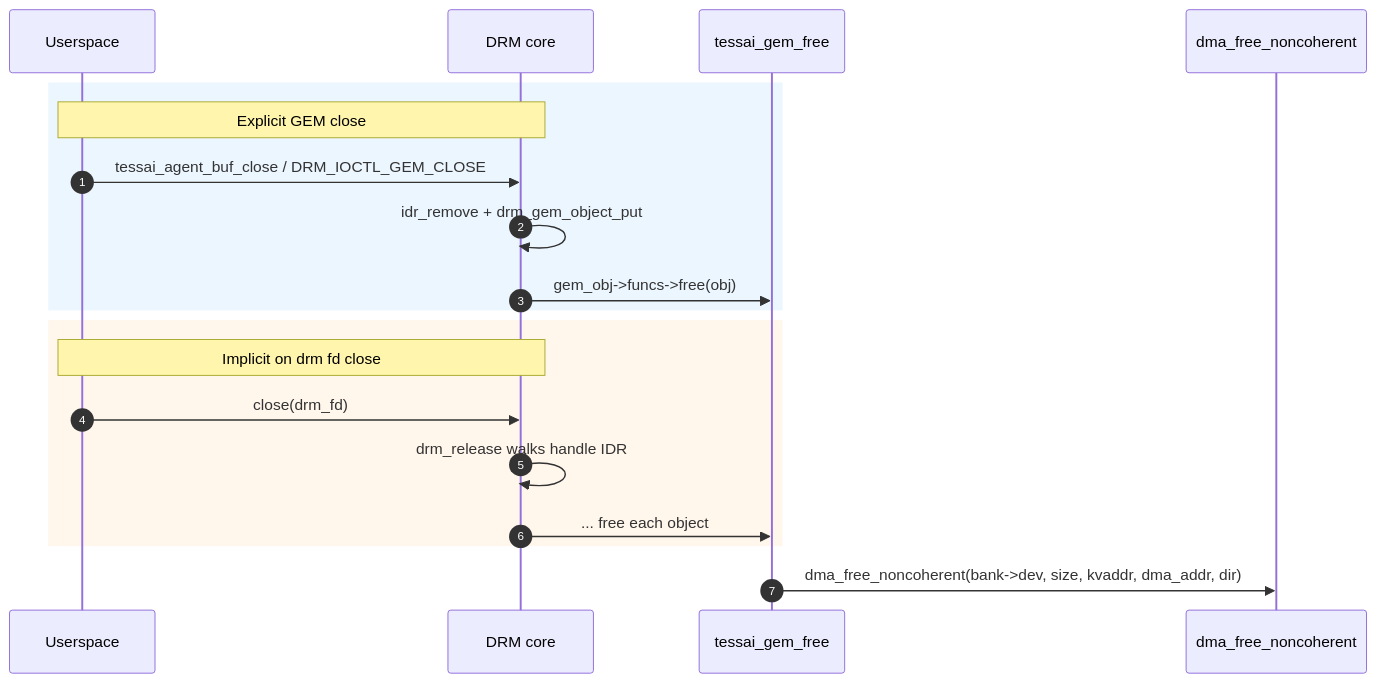
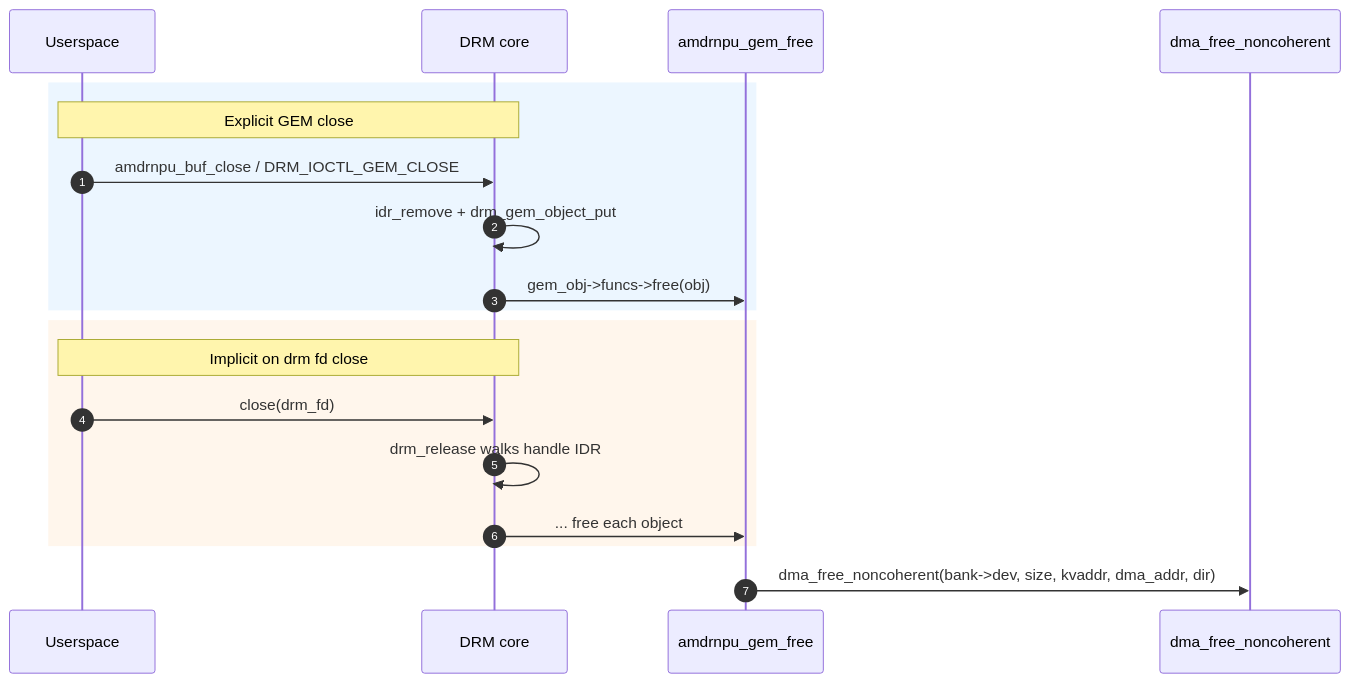
Before and after one commit to Xilinx/amdrnpu: the sixth of 6 diagrams in docs/buffer-management.md, drawn with Mermaid. The commit also changed other lines of this file and 107 other files, not shown here.

Commit message:
Change all tessai references to amdrnpu

````diff
--- a/docs/buffer-management.md
+++ b/docs/buffer-management.md
@@ -220,24 +220,24 @@
 ```mermaid
 sequenceDiagram
     autonumber
     participant U as Userspace
     participant CORE as DRM core
-    participant K as tessai_gem_free
+    participant K as amdrnpu_gem_free
     participant DMA as dma_free_noncoherent
 
     rect rgba(180,220,255,0.25)
     Note over U,CORE: Explicit GEM close
-    U->>CORE: tessai_agent_buf_close / DRM_IOCTL_GEM_CLOSE
+    U->>CORE: amdrnpu_buf_close / DRM_IOCTL_GEM_CLOSE
     CORE->>CORE: idr_remove + drm_gem_object_put
     CORE->>K: gem_obj->funcs->free(obj)
     end
 
     rect rgba(255,220,180,0.25)
     Note over U,CORE: Implicit on drm fd close
     U->>CORE: close(drm_fd)
     CORE->>CORE: drm_release walks handle IDR
     CORE->>K: ... free each object
     end
 
     K->>DMA: dma_free_noncoherent(bank->dev, size, kvaddr, dma_addr, dir)
 ```
````
